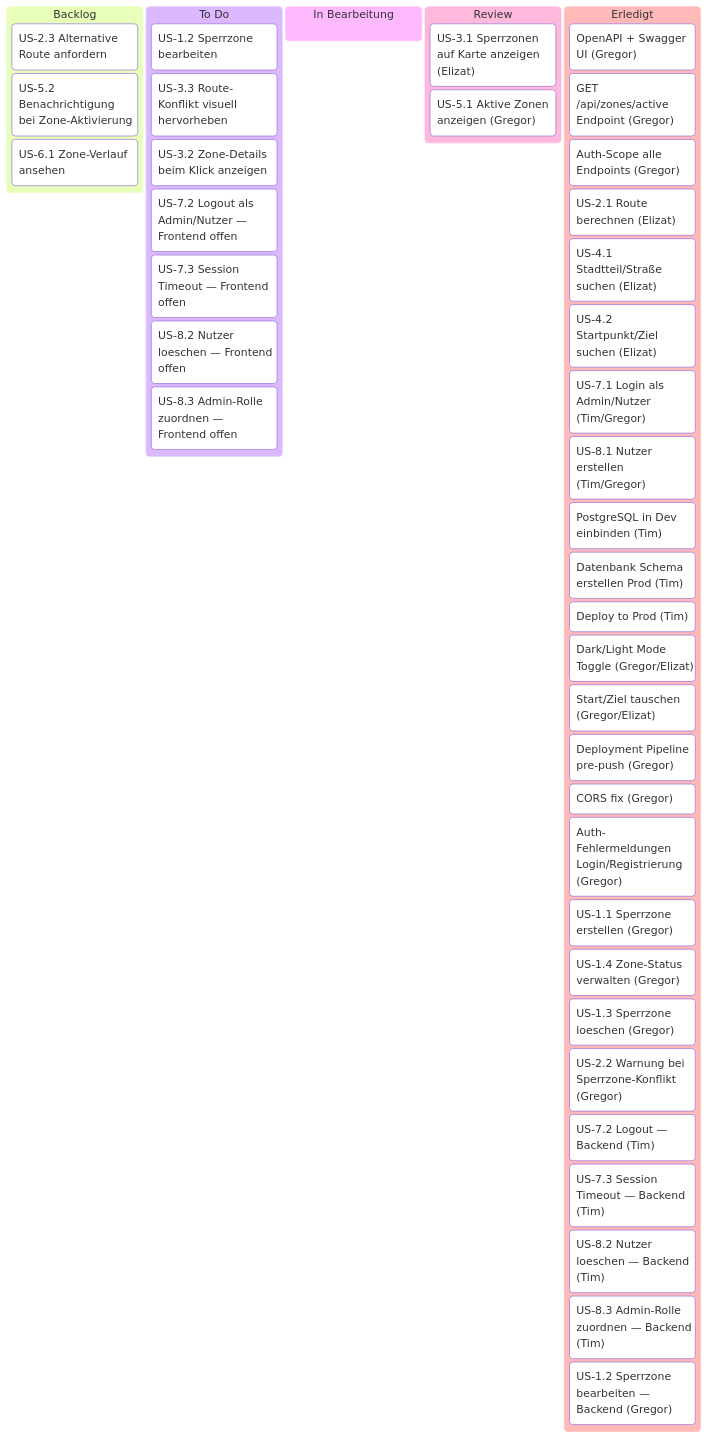
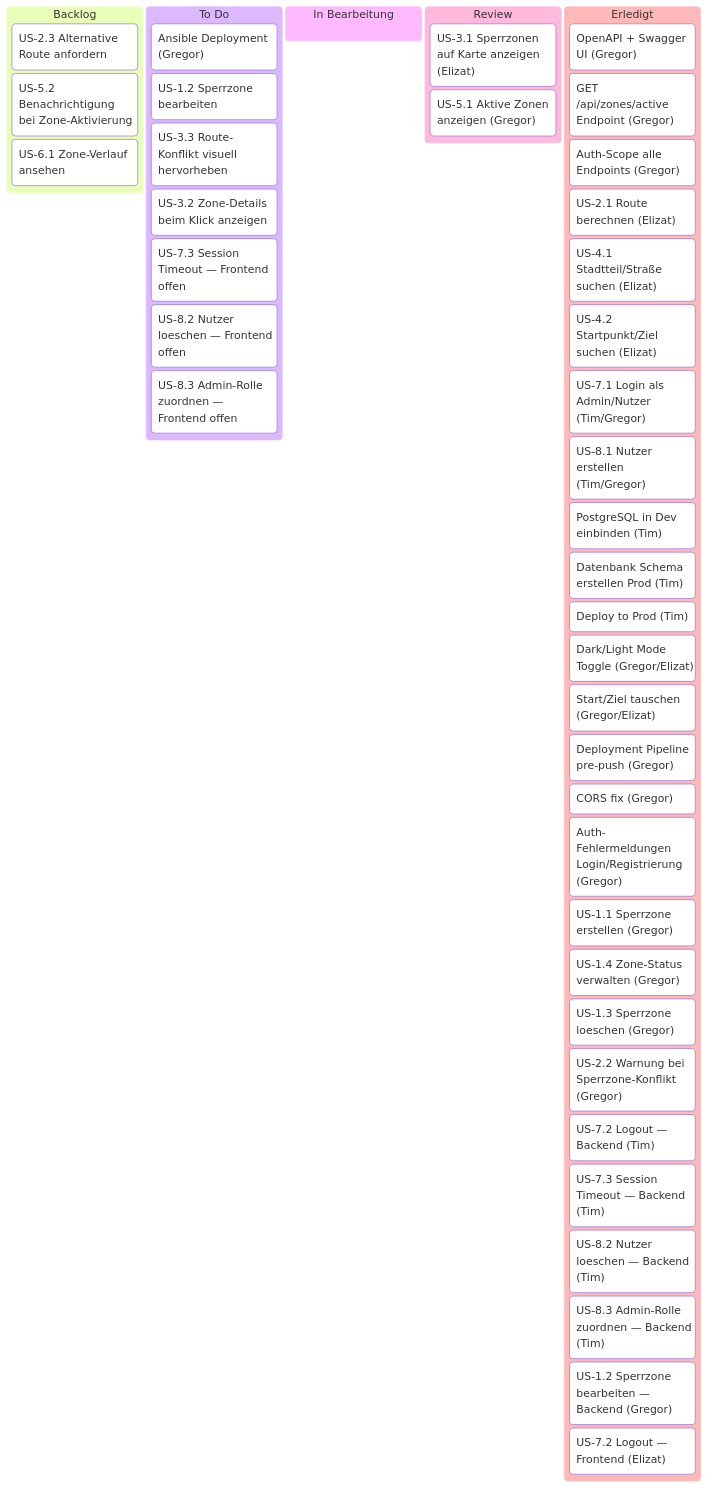
One commit to g8rdier/urban-flow-governance changed the diagram in docs/project/PLAN.md. Above: the diagram before and after it, drawn with Mermaid. The commit also changed other lines of this file and 1 other file, not shown here.

Commit message:
docs: add Ansible deployment plan and update kanban

````diff
--- a/docs/project/PLAN.md
+++ b/docs/project/PLAN.md
@@ -15,54 +15,55 @@
 ```mermaid
 ---
 config:
   kanban:
     ticketBaseUrl: ''
 ---
 kanban
   Backlog
     b1[US-2.3 Alternative Route anfordern]
     b3[US-5.2 Benachrichtigung bei Zone-Aktivierung]
     b4[US-6.1 Zone-Verlauf ansehen]
 
   ToDo[To Do]
+    t0["Ansible Deployment (Gregor)"]
     t1["US-1.2 Sperrzone bearbeiten"]
     t2[US-3.3 Route-Konflikt visuell hervorheben]
     t3[US-3.2 Zone-Details beim Klick anzeigen]
-    t4["US-7.2 Logout als Admin/Nutzer — Frontend offen"]
     t5["US-7.3 Session Timeout — Frontend offen"]
     t6["US-8.2 Nutzer loeschen — Frontend offen"]
     t7["US-8.3 Admin-Rolle zuordnen — Frontend offen"]
 
   InProgress[In Bearbeitung]
 
   Review
     p3["US-3.1 Sperrzonen auf Karte anzeigen (Elizat)"]
     p4["US-5.1 Aktive Zonen anzeigen (Gregor)"]
 
   Erledigt
     d1["OpenAPI + Swagger UI (Gregor)"]
     d2["GET /api/zones/active Endpoint (Gregor)"]
     d3["Auth-Scope alle Endpoints (Gregor)"]
     d4["US-2.1 Route berechnen (Elizat)"]
     d5["US-4.1 Stadtteil/Straße suchen (Elizat)"]
     d6["US-4.2 Startpunkt/Ziel suchen (Elizat)"]
     r4["US-7.1 Login als Admin/Nutzer (Tim/Gregor)"]
     r7["US-8.1 Nutzer erstellen (Tim/Gregor)"]
     p5["PostgreSQL in Dev einbinden (Tim)"]
     t7["Datenbank Schema erstellen Prod (Tim)"]
     t8["Deploy to Prod (Tim)"]
     d7["Dark/Light Mode Toggle (Gregor/Elizat)"]
     d8["Start/Ziel tauschen (Gregor/Elizat)"]
     d9["Deployment Pipeline pre-push (Gregor)"]
     d10["CORS fix (Gregor)"]
     d11["Auth-Fehlermeldungen Login/Registrierung (Gregor)"]
     p1["US-1.1 Sperrzone erstellen (Gregor)"]
     p2["US-1.4 Zone-Status verwalten (Gregor)"]
     r2["US-1.3 Sperrzone loeschen (Gregor)"]
     r3["US-2.2 Warnung bei Sperrzone-Konflikt (Gregor)"]
     e1["US-7.2 Logout — Backend (Tim)"]
     e2["US-7.3 Session Timeout — Backend (Tim)"]
     e3["US-8.2 Nutzer loeschen — Backend (Tim)"]
     e4["US-8.3 Admin-Rolle zuordnen — Backend (Tim)"]
     e5["US-1.2 Sperrzone bearbeiten — Backend (Gregor)"]
+    e6["US-7.2 Logout — Frontend (Elizat)"]
 ```
````
